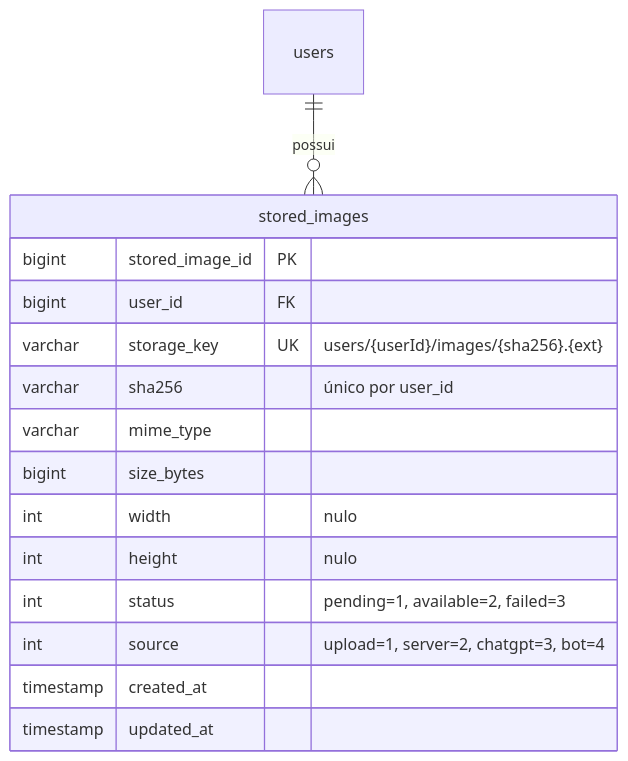
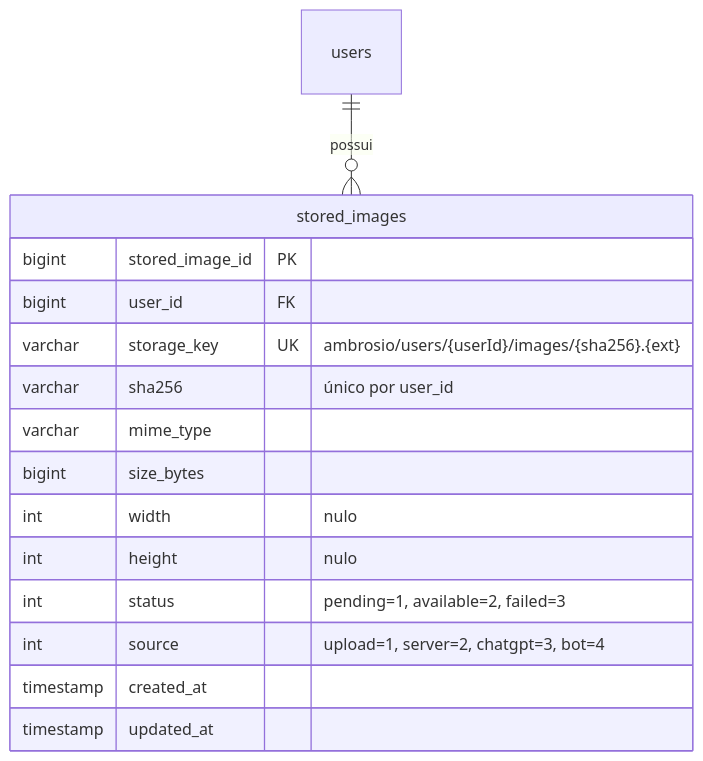
The first of 2 diagrams in docs/historias/003-armazenamento-imagens-s3.md (landim32/ambrosia), drawn with Mermaid before and after one commit. The commit also changed other lines of this file and 8 other files, not shown here.

````diff
--- a/docs/historias/003-armazenamento-imagens-s3.md
+++ b/docs/historias/003-armazenamento-imagens-s3.md
@@ -92,18 +92,18 @@
 ```mermaid
 erDiagram
     users ||--o{ stored_images : "possui"
     stored_images {
         bigint stored_image_id PK
         bigint user_id FK
-        varchar storage_key UK "users/{userId}/images/{sha256}.{ext}"
+        varchar storage_key UK "ambrosio/users/{userId}/images/{sha256}.{ext}"
         varchar sha256 "único por user_id"
         varchar mime_type
         bigint size_bytes
         int width "nulo"
         int height "nulo"
         int status "pending=1, available=2, failed=3"
         int source "upload=1, server=2, chatgpt=3, bot=4"
         timestamp created_at
         timestamp updated_at
     }
 ```
````
